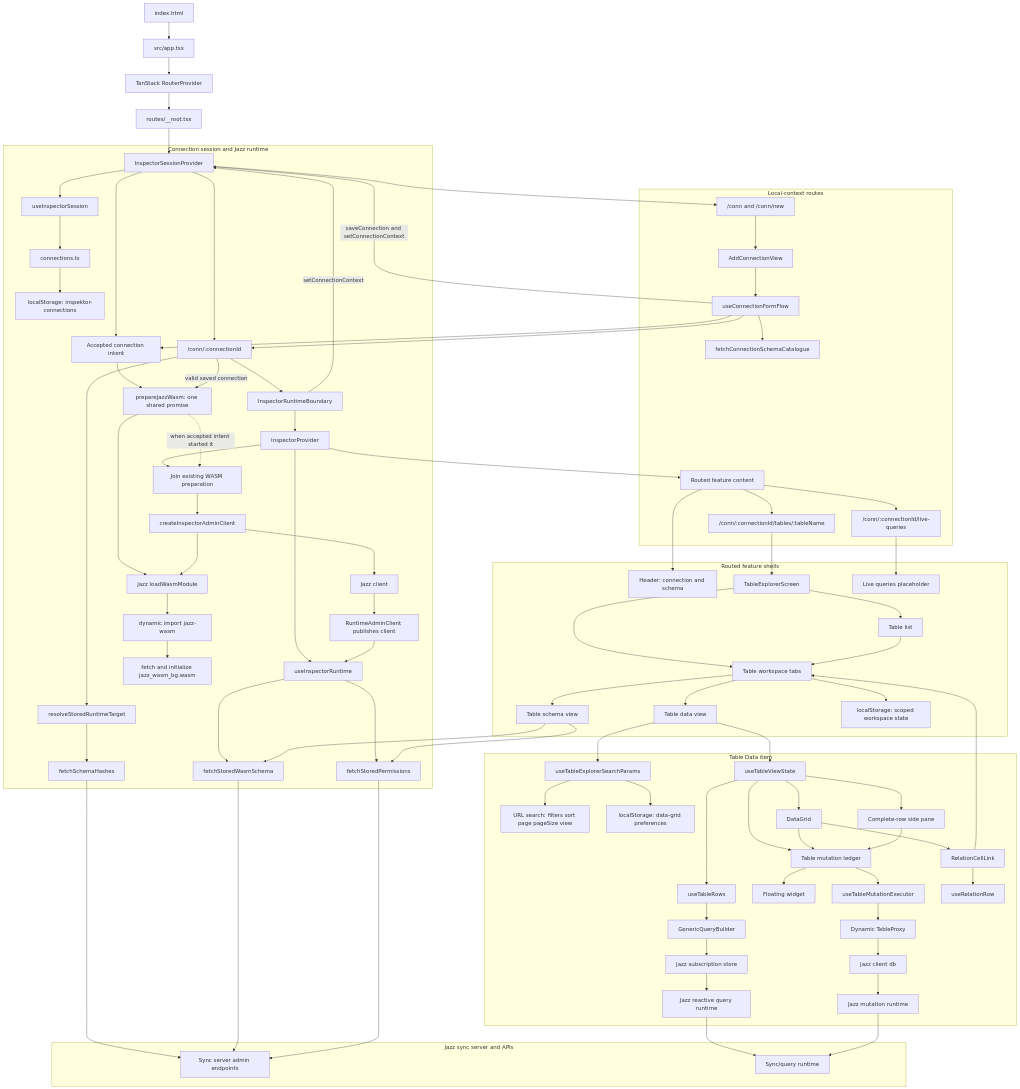
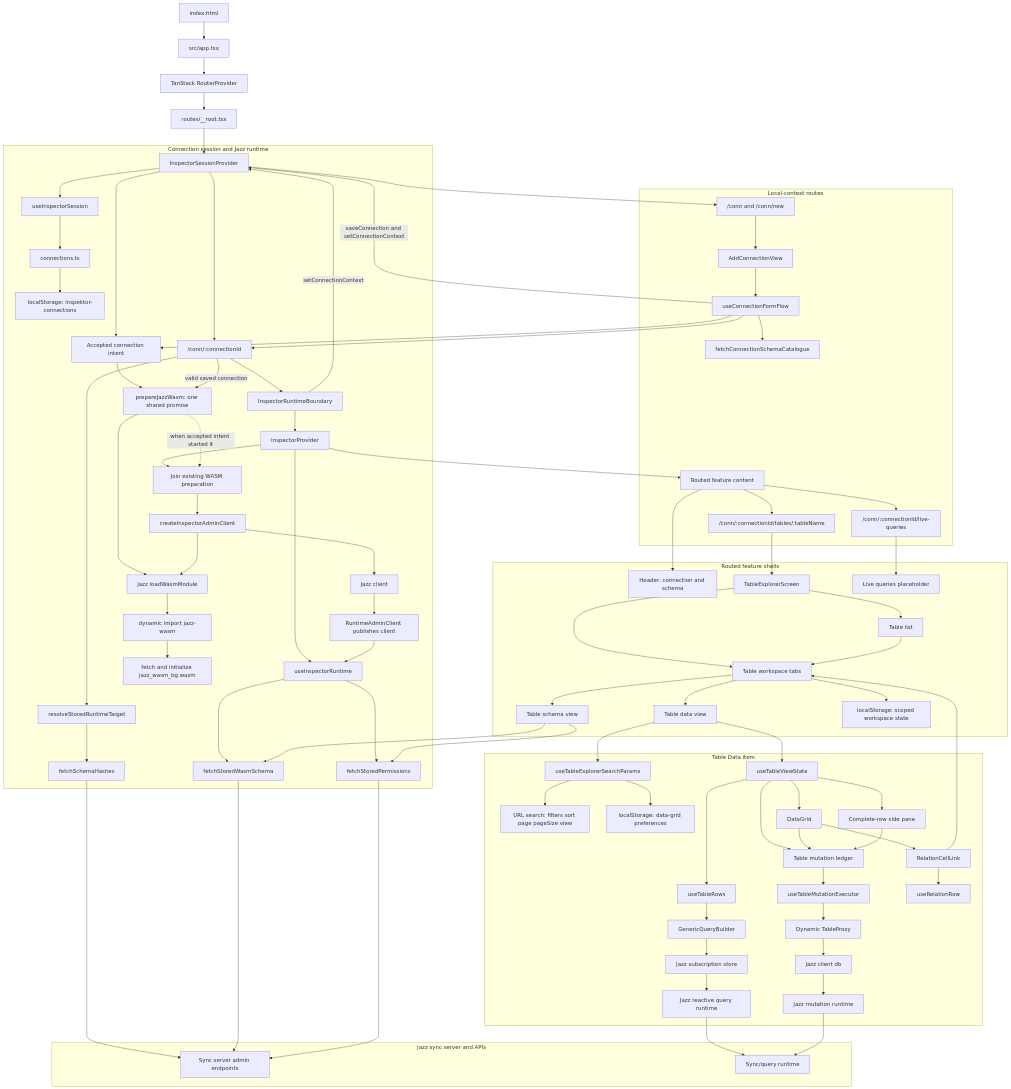
Before and after one commit to cleminso/inspektor: the diagram in lat.md/design-document.md, drawn with Mermaid. The commit also changed other lines of this file and 21 other files, not shown here.

Commit message:
clean(studio): remove floatingWidget and make table editing side-pane only

```diff
--- a/lat.md/design-document.md
+++ b/lat.md/design-document.md
@@ -179,7 +179,6 @@
       DataState --> MutationLedger["Table mutation ledger"]
       DataGrid --> MutationLedger
       RowEditor --> MutationLedger
-      MutationLedger --> FloatingWidget["Floating widget"]
       MutationLedger --> Mutations["useTableMutationExecutor"]
       Mutations --> TableProxy["Dynamic TableProxy"]
       TableProxy --> ClientDb["Jazz client db"]
```
